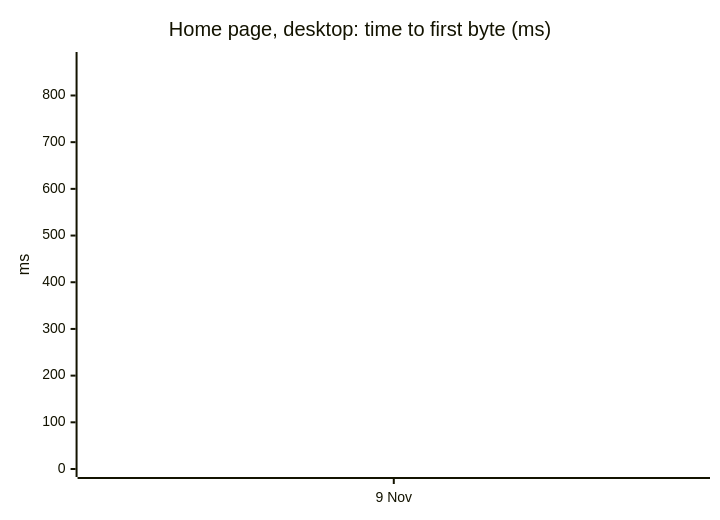
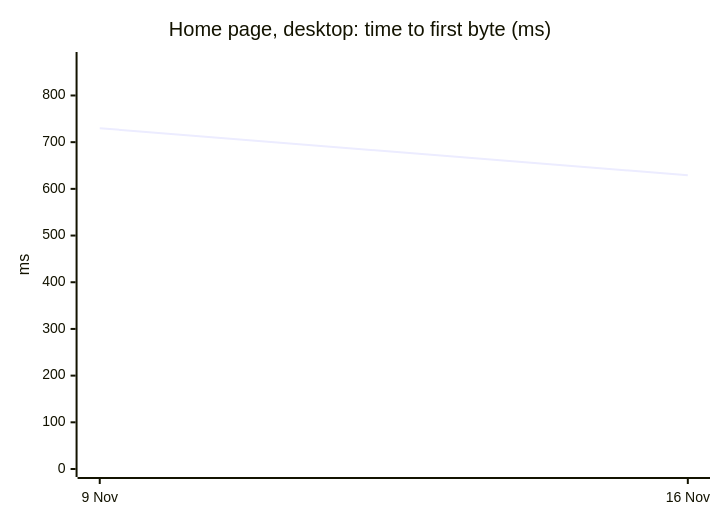
Before and after one commit to chiragdev1/ckauth: the first of 5 diagrams in README.md, drawn with Mermaid. The commit also changed other lines of this file and 1 other file, not shown here.

````diff
--- a/README.md
+++ b/README.md
@@ -39,7 +39,7 @@
 ```mermaid
 xychart-beta
   title "Home page, desktop: time to first byte (ms)"
-  x-axis ["9 Nov"]
+  x-axis ["9 Nov", "16 Nov"]
   y-axis "ms" 0 --> 876
-  line [730]
+  line [730, 629]
 ```
````
